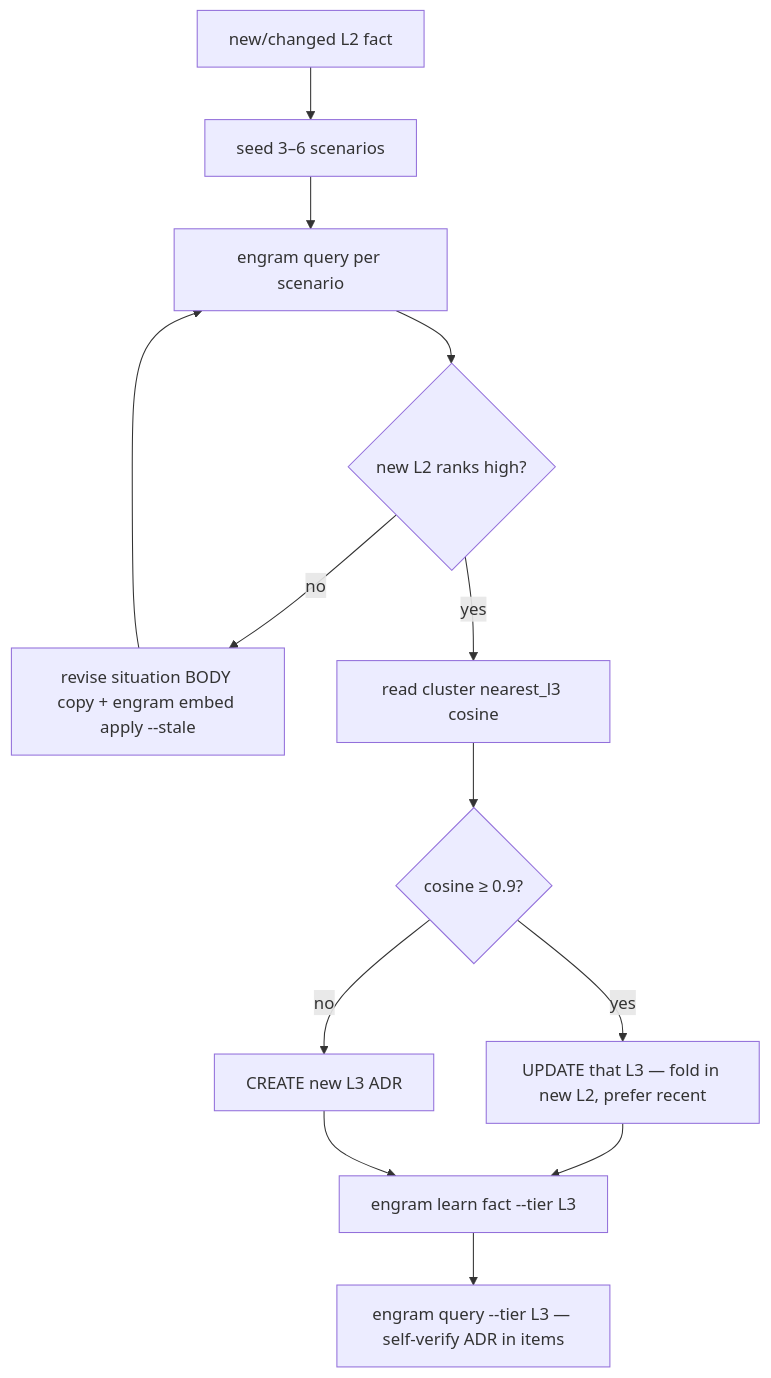
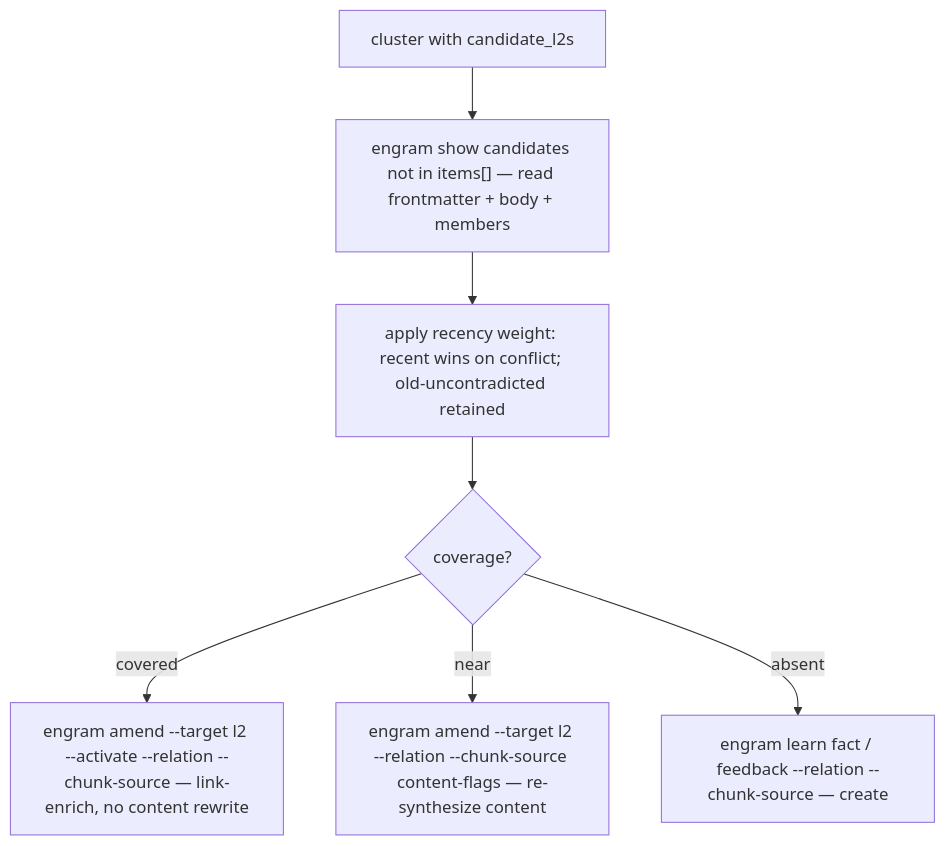
One commit to toejough/engram changed the fifth of 5 diagrams in docs/architecture/c2-containers.md. Above: the diagram before and after it, drawn with Mermaid. The commit also changed other lines of this file and 5 other files, not shown here.

````diff
--- a/docs/architecture/c2-containers.md
+++ b/docs/architecture/c2-containers.md
@@ -197,14 +179,9 @@
 ```mermaid
 flowchart TD
-    A[new/changed L2 fact] --> B[seed 3–6 scenarios]
-    B --> C[engram query per scenario]
-    C --> D{new L2 ranks high?}
-    D -->|no| E[revise situation BODY copy + engram embed apply --stale] --> C
-    D -->|yes| F[read cluster nearest_l3 cosine]
-    F --> G{cosine ≥ 0.9?}
-    G -->|yes| H[UPDATE that L3 — fold in new L2, prefer recent]
-    G -->|no| I[CREATE new L3 ADR]
-    H --> J[engram learn fact --tier L3]
-    I --> J
-    J --> K[engram query --tier L3 — self-verify ADR in items]
+    A["cluster with candidate_l2s"] --> B["engram show candidates not in items[] — read frontmatter + body + members"]
+    B --> C["apply recency weight: recent wins on conflict; old-uncontradicted retained"]
+    C --> D{coverage?}
+    D -->|covered| E["engram amend --target l2 --activate --relation --chunk-source — link-enrich, no content rewrite"]
+    D -->|near| F["engram amend --target l2 --relation --chunk-source content-flags — re-synthesize content"]
+    D -->|absent| G["engram learn fact / feedback --relation --chunk-source — create"]
 ```
````
